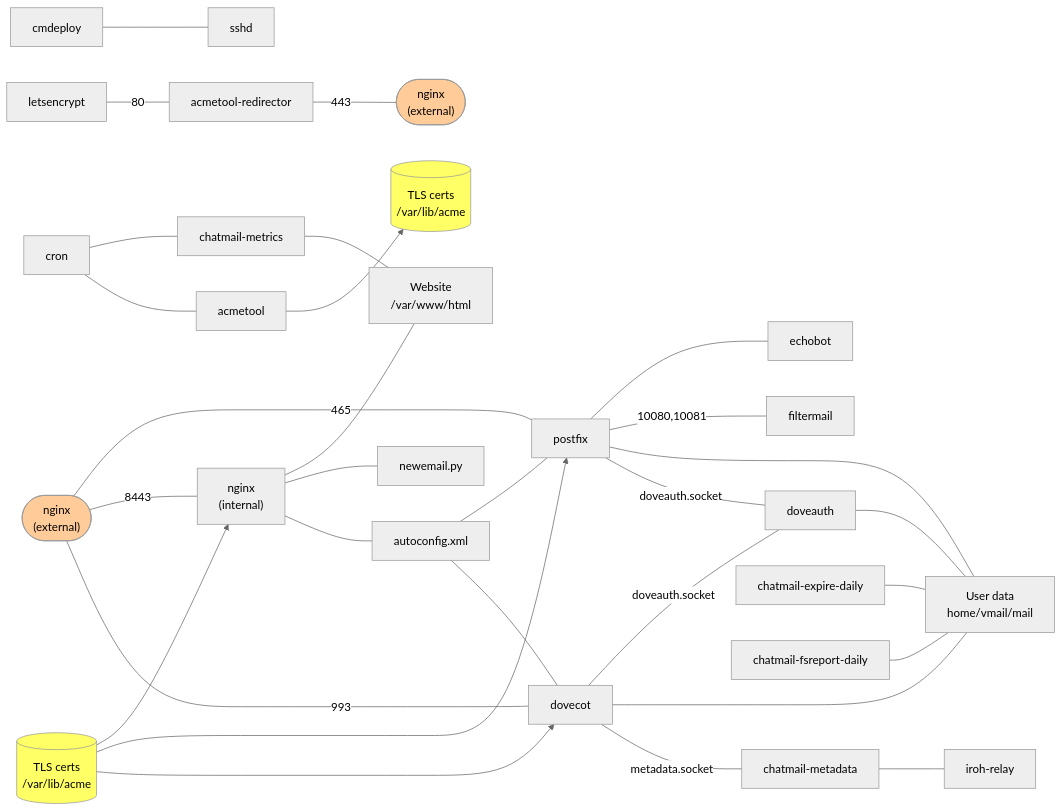
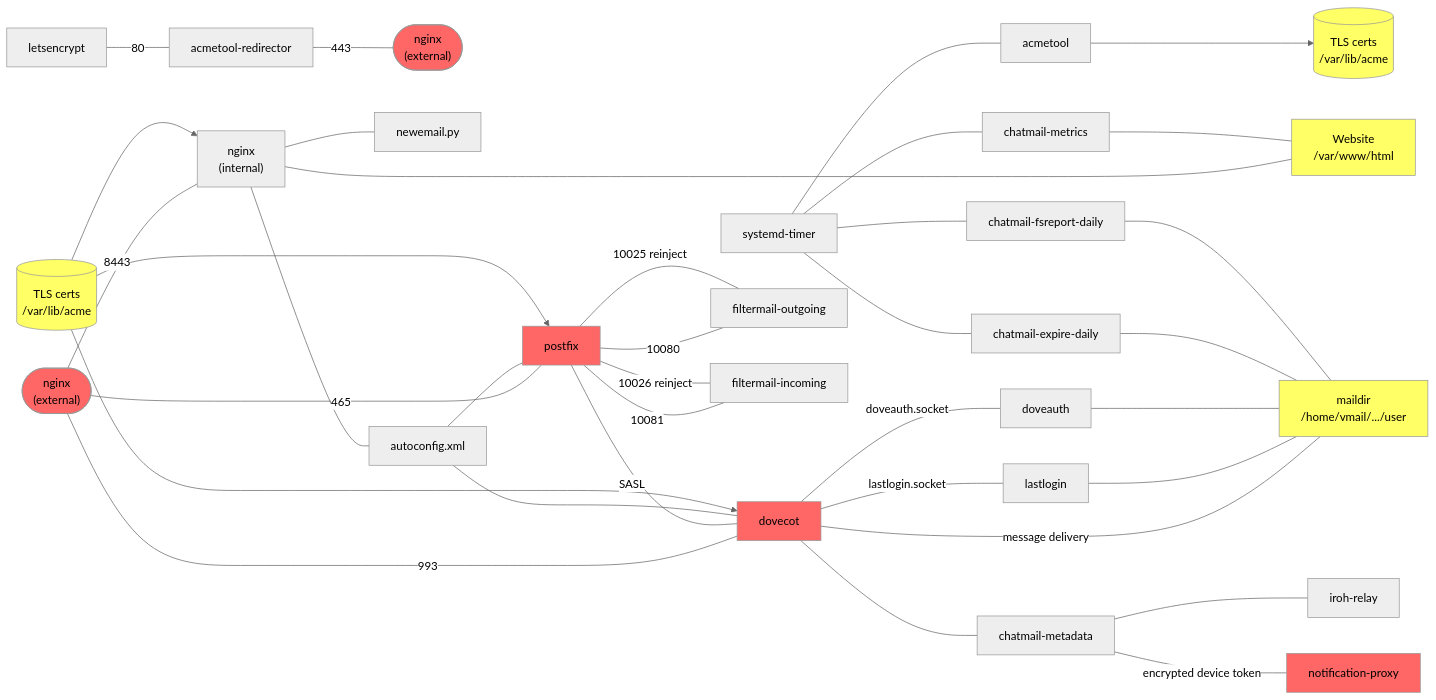
One commit to chatmail/relay changed the diagram in doc/source/overview.rst. Above: the diagram before and after it, drawn with Mermaid (neutral theme). The commit also changed other lines of this file, not shown here.

Commit message:
update mermaid overview graph

```diff
--- a/doc/source/overview.rst
+++ b/doc/source/overview.rst
@@ -132,44 +132,54 @@
 .. mermaid::
    :caption: This diagram shows relay components and dependencies/communication paths.
 
     graph LR;
-        cmdeploy --- sshd;
         letsencrypt --- |80|acmetool-redirector;
         acmetool-redirector --- |443|nginx-right(["`nginx
         (external)`"]);
         nginx-external --- |465|postfix;
         nginx-external(["`nginx
         (external)`"]) --- |8443|nginx-internal["`nginx
         (internal)`"];
         nginx-internal --- website["`Website
         /var/www/html`"];
         nginx-internal --- newemail.py;
         nginx-internal --- autoconfig.xml;
         certs-nginx[("`TLS certs
         /var/lib/acme`")] --> nginx-internal;
-        cron --- chatmail-metrics;
-        cron --- acmetool;
+        systemd-timer --- chatmail-metrics;
+        systemd-timer --- acmetool;
+        systemd-timer --- chatmail-expire-daily;
+        systemd-timer --- chatmail-fsreport-daily;
         chatmail-metrics --- website;
         acmetool --> certs[("`TLS certs
         /var/lib/acme`")];
         nginx-external --- |993|dovecot;
+        postfix --- |SASL|dovecot;
         autoconfig.xml --- postfix;
         autoconfig.xml --- dovecot;
-        postfix --- echobot;
-        postfix --- |10080,10081|filtermail;
-        postfix --- users["`User data
-        home/vmail/mail`"];
-        postfix --- |doveauth.socket|doveauth;
+        postfix --- |10080|filtermail-outgoing;
+        postfix --- |10081|filtermail-incoming;
+        filtermail-outgoing --- |10025 reinject|postfix;
+        filtermail-incoming --- |10026 reinject|postfix;
         dovecot --- |doveauth.socket|doveauth;
-        dovecot --- users;
-        dovecot --- |metadata.socket|chatmail-metadata;
-        doveauth --- users;
-        chatmail-expire-daily --- users;
-        chatmail-fsreport-daily --- users;
+        dovecot --- |message delivery|maildir["maildir
+        /home/vmail/.../user"];
+        dovecot --- |lastlogin.socket|lastlogin;
+        dovecot --- chatmail-metadata;
+        lastlogin --- maildir;
+        doveauth --- maildir;
+        chatmail-expire-daily --- maildir;
+        chatmail-fsreport-daily --- maildir;
         chatmail-metadata --- iroh-relay;
+        chatmail-metadata --- |encrypted device token| notification-proxy;
         certs-nginx --> postfix;
         certs-nginx --> dovecot;
         style certs fill:#ff6;
+        style website fill:#ff6;
+        style maildir fill:#ff6;
         style certs-nginx fill:#ff6;
-        style nginx-external fill:#fc9;
-        style nginx-right fill:#fc9;
+        style nginx-external fill:#f66;
+        style nginx-right fill:#f66;
+        style postfix fill:#f66;
+        style dovecot fill:#f66;
+        style notification-proxy fill:#f66;
```
